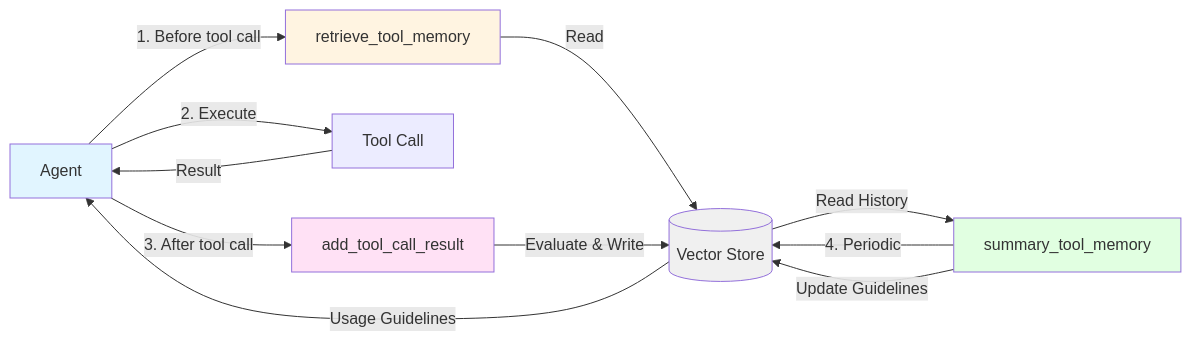
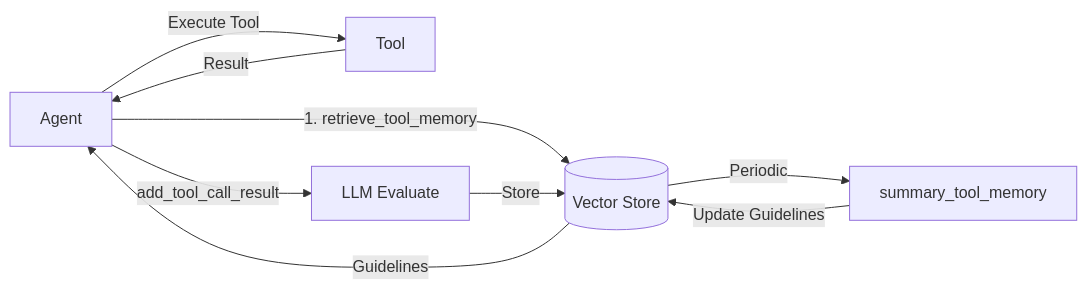
The second of 2 diagrams in docs/tool_memory/tool_memory.md (modelscope/ReMe), drawn with Mermaid before and after one commit. The commit also changed other lines of this file and 22 other files, not shown here.

````diff
--- a/docs/tool_memory/tool_memory.md
+++ b/docs/tool_memory/tool_memory.md
@@ -143,22 +195,11 @@
 ```mermaid
 graph LR
-    Agent[Agent] -->|1. Before tool call| Retrieve[retrieve_tool_memory]
-    Retrieve -->|Read| VectorStore[(Vector Store)]
-    VectorStore -->|Usage Guidelines| Agent
-    
-    Agent -->|2. Execute| Tool[Tool Call]
-    Tool -->|Result| Agent
-    
-    Agent -->|3. After tool call| Add[add_tool_call_result]
-    Add -->|Evaluate & Write| VectorStore
-    
-    Summary[summary_tool_memory] -->|4. Periodic| VectorStore
-    VectorStore -->|Read History| Summary
-    Summary -->|Update Guidelines| VectorStore
-    
-    style Agent fill:#e1f5ff
-    style Retrieve fill:#fff4e1
-    style Add fill:#ffe1f5
-    style Summary fill:#e1ffe1
-    style VectorStore fill:#f0f0f0
+    A[Agent] -->|1. retrieve_tool_memory| B[(Vector Store)]
+    B -->|Guidelines| A
+    A -->|Execute Tool| C[Tool]
+    C -->|Result| A
+    A -->|add_tool_call_result| D[LLM Evaluate]
+    D -->|Store| B
+    B -->|Periodic| E[summary_tool_memory]
+    E -->|Update Guidelines| B
 ```
````
